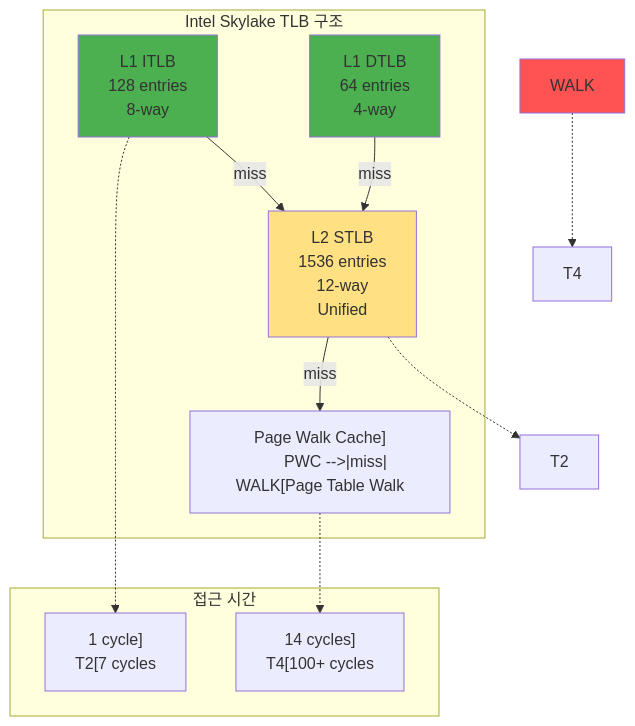
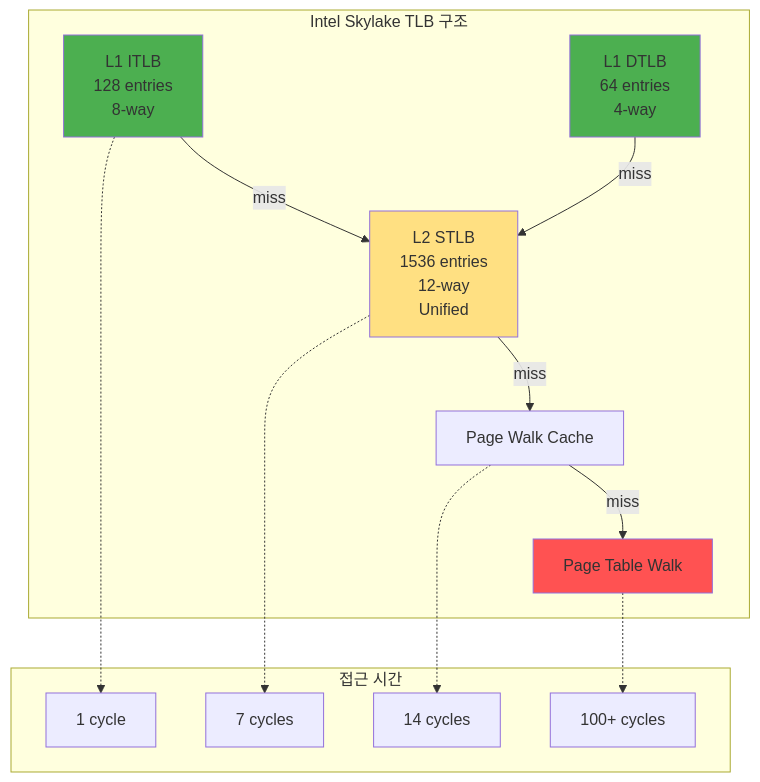
The first of 2 diagrams in docs/cs/guide/chapter-03-memory-system/03-02-02-tlb-caching.md (choru-k/choru-wiki), drawn with Mermaid before and after one commit. The commit also changed 15 other files, not shown here.

First line of the commit message:
fix: resolve all Mermaid diagram syntax errors in Chapter 3 Memory System

````diff
--- a/docs/cs/guide/chapter-03-memory-system/03-02-02-tlb-caching.md
+++ b/docs/cs/guide/chapter-03-memory-system/03-02-02-tlb-caching.md
@@ -42,39 +42,39 @@
 ```mermaid
 graph TD
     subgraph "Intel Skylake TLB 구조"
         ITLB["L1 ITLB
 128 entries
 8-way"]
         DTLB["L1 DTLB
 64 entries
 4-way"]
 
         STLB["L2 STLB
 1536 entries
 12-way
 Unified"]
 
         ITLB -->|miss| STLB
         DTLB -->|miss| STLB
 
-        STLB -->|miss| PWC["Page Walk Cache]
-        PWC -->|miss| WALK[Page Table Walk"]
+        STLB -->|miss| PWC["Page Walk Cache"]
+        PWC -->|miss| WALK["Page Table Walk"]
     end
 
     subgraph "접근 시간"
-        T1["1 cycle]
-        T2[7 cycles"]
-        T3["14 cycles]
-        T4[100+ cycles"]
+        T1["1 cycle"]
+        T2["7 cycles"]
+        T3["14 cycles"]
+        T4["100+ cycles"]
     end
 
     ITLB -.-> T1
     STLB -.-> T2
     PWC -.-> T3
     WALK -.-> T4
 
     style ITLB fill:#4CAF50
     style DTLB fill:#4CAF50
     style STLB fill:#FFE082
     style WALK fill:#FF5252
 ```
````
